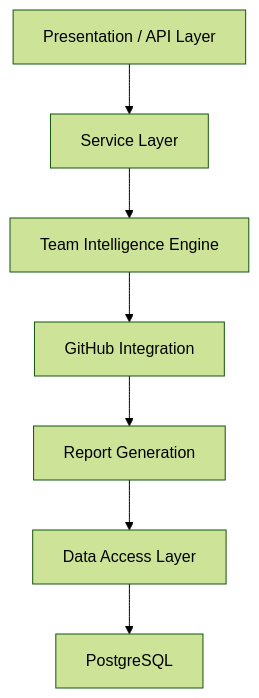
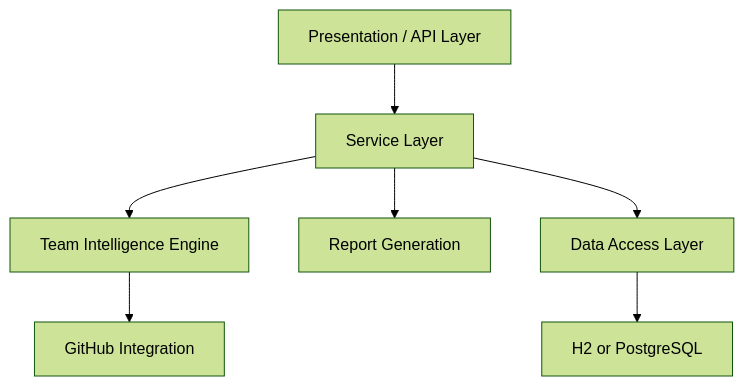
The diagram in README.md (jananim415-code/codathon), drawn with Mermaid (forest theme) before and after one commit. The commit also changed other lines of this file and 79 other files, not shown here.

Commit message:
Finalize ProjectSphere architecture and feature implementation

````diff
--- a/README.md
+++ b/README.md
@@ -27,9 +27,9 @@
 ```mermaid
 flowchart TD
     A[Presentation / API Layer] --> B[Service Layer]
     B --> C[Team Intelligence Engine]
     C --> D[GitHub Integration]
-    D --> E[Report Generation]
-    E --> F[Data Access Layer]
-    F --> G[PostgreSQL]
+    B --> E[Report Generation]
+    B --> F[Data Access Layer]
+    F --> G[H2 or PostgreSQL]
 ```
````
